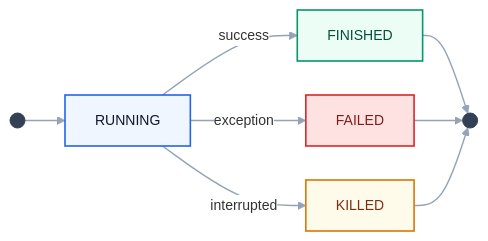
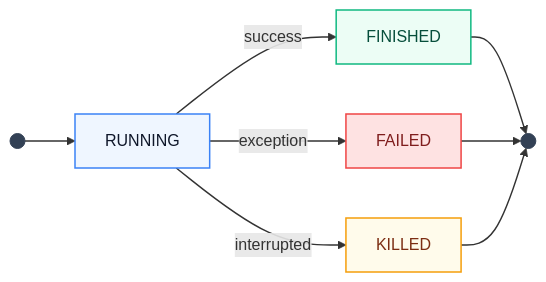
One commit to devqubit-labs/devqubit changed the second of 2 diagrams in docs/concepts/overview.md. Above: the diagram before and after it, drawn with Mermaid. The commit also changed other lines of this file and 4 other files, not shown here.

Commit message:
docs: add global Mermaid styling + fix RTD uv install

````diff
--- a/docs/concepts/overview.md
+++ b/docs/concepts/overview.md
@@ -119,39 +102,24 @@
 ```mermaid
-%%{init:{
-  "theme":"base",
-  "flowchart":{"curve":"basis","nodeSpacing":34,"rankSpacing":40,"htmlLabels":true},
-  "themeVariables":{
-    "fontFamily":"ui-sans-serif, system-ui, -apple-system, Segoe UI, Roboto, Ubuntu, Cantarell, Noto Sans, Helvetica, Arial, sans-serif",
-    "fontSize":"14px",
-    "background":"#ffffff",
-    "textColor":"#0f172a",
-    "lineColor":"#94a3b8",
-    "clusterBkg":"#f8fafc",
-    "clusterBorder":"#cbd5e1",
-    "edgeLabelBackground":"#ffffff"
-  }
-}}%%
-
 flowchart LR
   S((" ")) --> R[RUNNING]
   R -->|success| F[FINISHED]
   R -->|exception| X[FAILED]
   R -->|interrupted| K[KILLED]
   F --> E((" "))
   X --> E
   K --> E
 
-  linkStyle default stroke:#94a3b8,stroke-width:1.4
+  linkStyle default stroke-width:1.4
 
   classDef ghost fill:#334155,stroke:#334155,color:#334155;
-  classDef running fill:#eff6ff,stroke:#2563eb,stroke-width:1.6,color:#0f172a;
-  classDef finished fill:#ecfdf5,stroke:#059669,stroke-width:1.6,color:#064e3b;
-  classDef failed fill:#fee2e2,stroke:#dc2626,stroke-width:1.6,color:#7f1d1d;
-  classDef killed fill:#fffbeb,stroke:#d97706,stroke-width:1.6,color:#7c2d12;
+  classDef running fill:#eff6ff,stroke:#3b82f6,stroke-width:1.5,color:#0f172a;
+  classDef finished fill:#ecfdf5,stroke:#10b981,stroke-width:1.5,color:#064e3b;
+  classDef failed fill:#fee2e2,stroke:#ef4444,stroke-width:1.5,color:#7f1d1d;
+  classDef killed fill:#fffbeb,stroke:#f59e0b,stroke-width:1.5,color:#7c2d12;
 
   class S,E ghost
   class R running
   class F finished
   class X failed
   class K killed
 ```
````
